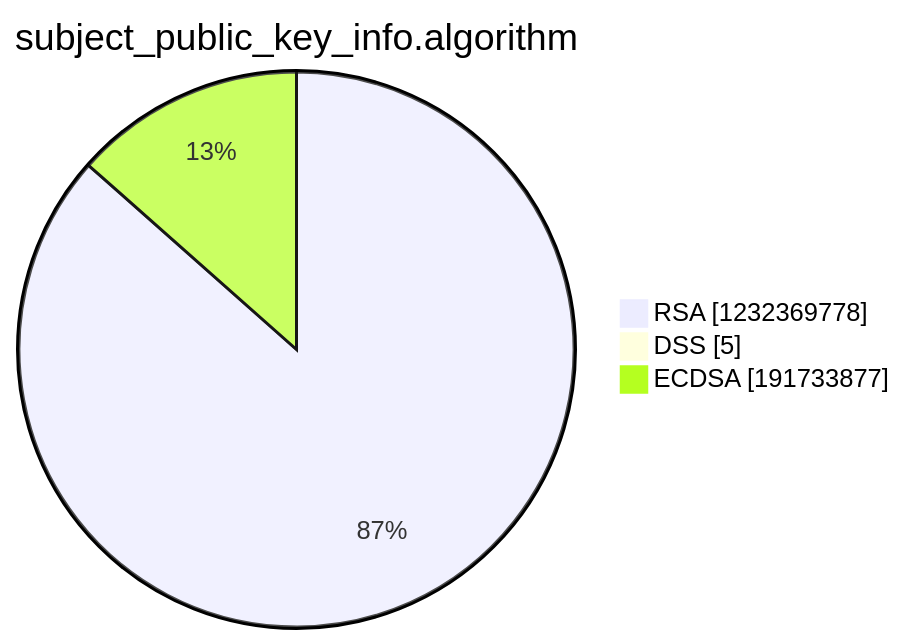
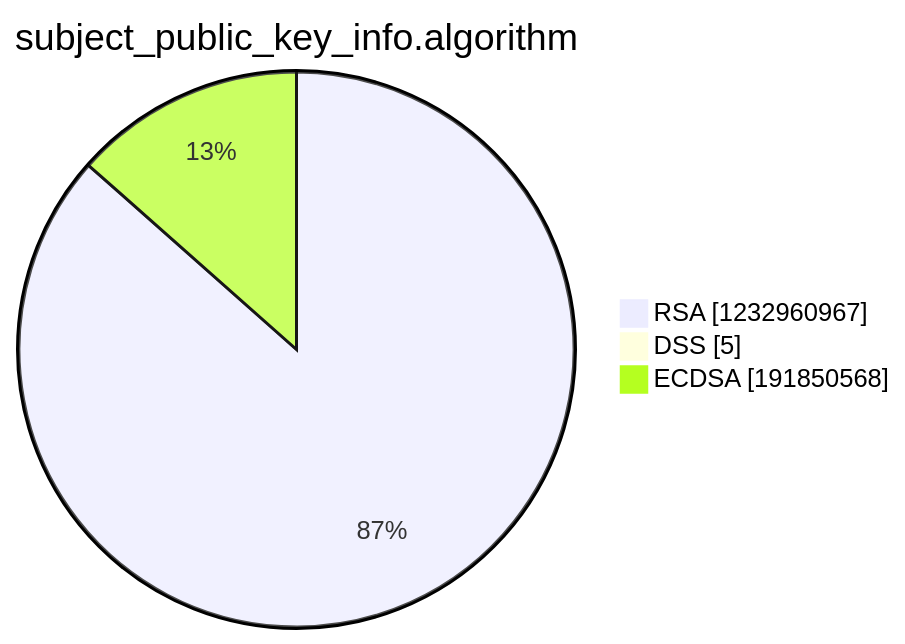
Before and after one commit to christiankrug/ctmonitor_visualization: the third of 15 diagrams in argon2022/README.md, drawn with Mermaid. The commit also changed other lines of this file, not shown here.

````diff
--- a/argon2022/README.md
+++ b/argon2022/README.md
@@ -14,7 +14,7 @@
 ```mermaid
 pie showData
 title subject_public_key_info.algorithm
-"RSA" :1232369778
+"RSA" :1232960967
 "DSS" :5
-"ECDSA" :191733877
+"ECDSA" :191850568
 ```
````
